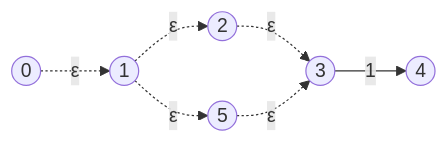
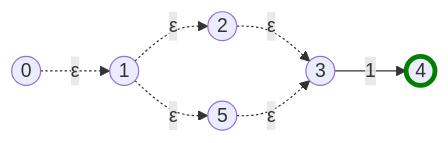
One commit to LeweyM/LeweyM.github.io changed diagram 14 of 14 in personal-site/content/series/making regex from scratch in GO/09-Groups.md. Above: the diagram before and after it, drawn with Mermaid. The commit also changed other lines of this file and 2 other files, not shown here.

````diff
--- a/personal-site/content/series/making regex from scratch in GO/09-Groups.md
+++ b/personal-site/content/series/making regex from scratch in GO/09-Groups.md
@@ -731,9 +739,10 @@
 ```mermaid
 graph LR 
 0((0)) -."ε".-> 1((1)) 
 1((1)) -."ε".-> 2((2)) 
 1((1)) -."ε".-> 5((5)) 
 2((2)) -."ε".-> 3((3)) 
 3((3)) --"1"--> 4((4)) 
 5((5)) -."ε".-> 3((3))
+	style 4 stroke:green,stroke-width:4px;
 ```
````
